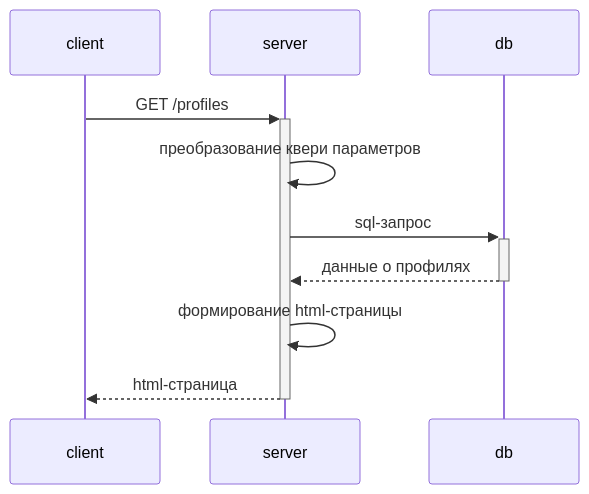
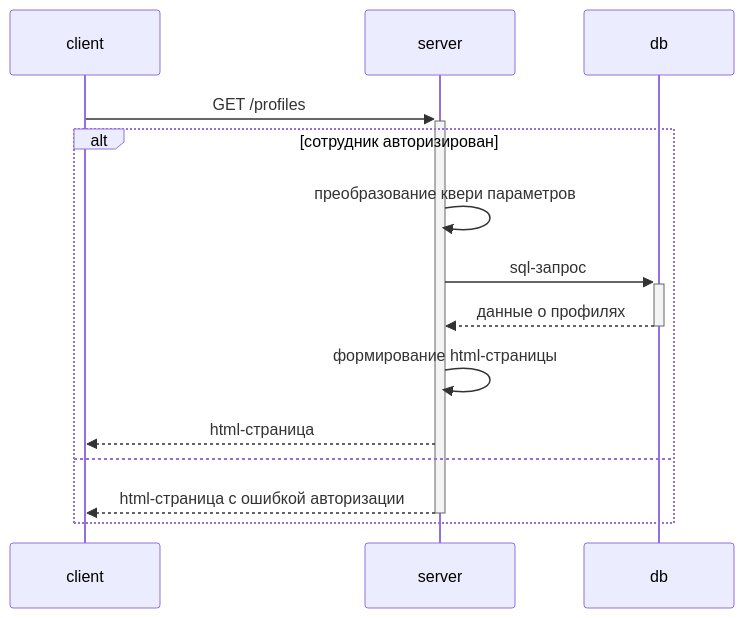
The diagram in documentation/diagrams/sequenceDiagrams/profiles.get.index.md (Ergorium/Web-technology-3c-6s), drawn with Mermaid before and after one commit. The commit also changed 16 other files, not shown here.

````diff
--- a/documentation/diagrams/sequenceDiagrams/profiles.get.index.md
+++ b/documentation/diagrams/sequenceDiagrams/profiles.get.index.md
@@ -3,12 +3,17 @@
 ```mermaid
 sequenceDiagram;
 	participant client
 	participant server
 	participant db
   client->>+server: GET /profiles
-  server->>server: преобразование квери параметров
-  server->>+db: sql-запрос
-  db-->>-server: данные о профилях
-  server->>server: формирование html-страницы
-  server-->>-client: html-страница
+  alt сотрудник авторизирован
+    server->>server: преобразование квери параметров
+    server->>+db: sql-запрос
+    db-->>-server: данные о профилях
+    server->>server: формирование html-страницы
+    server-->>client: html-страница
+
+  else
+    server-->>-client: html-страница с ошибкой авторизации
+  end
 ```
````
